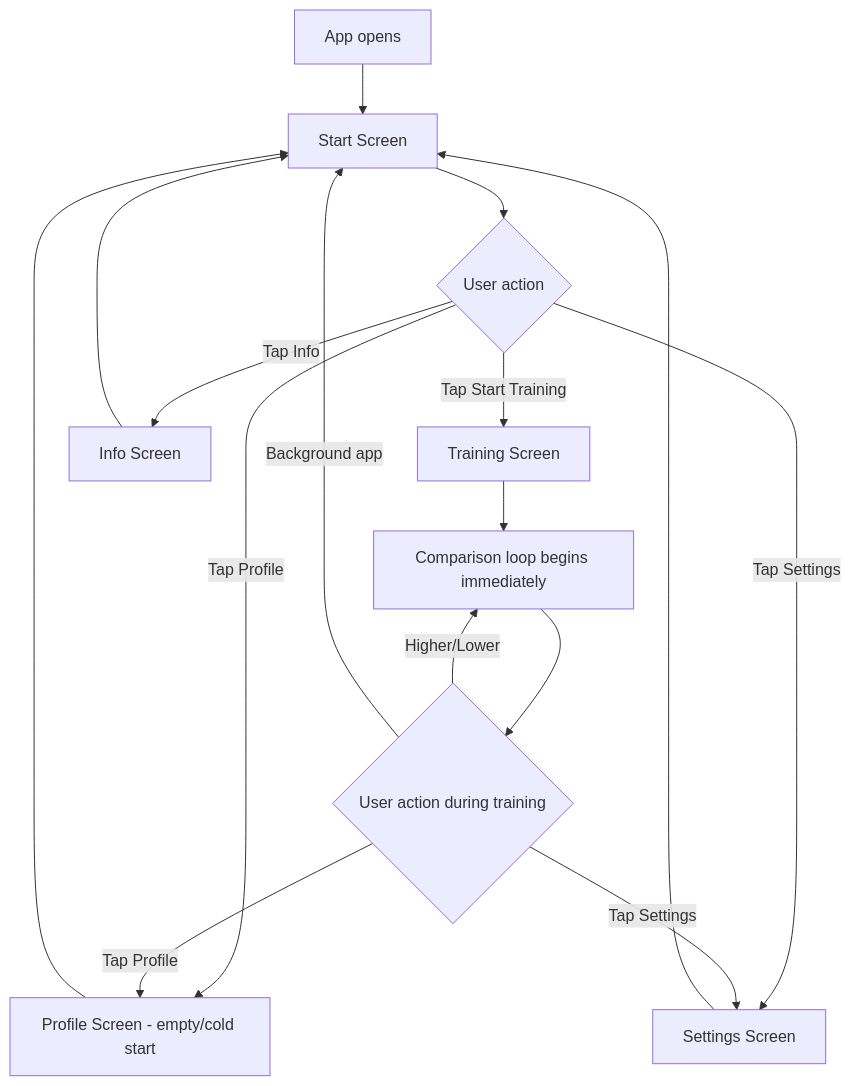
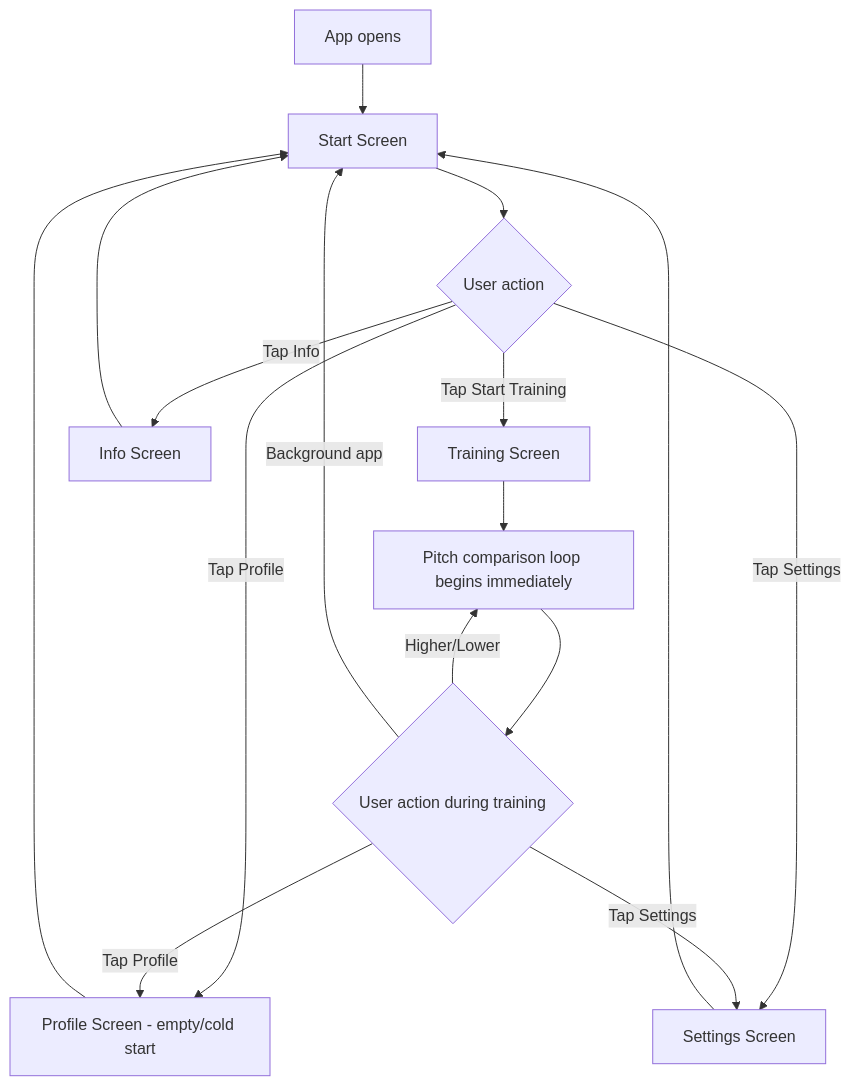
The first of 8 diagrams in docs/planning-artifacts/ux-design-specification.md (mschuerig/peach), drawn with Mermaid before and after one commit. The commit also changed other lines of this file and 120 other files, not shown here.

First line of the commit message:
Rename Comparison to PitchComparison across entire codebase

````diff
--- a/docs/planning-artifacts/ux-design-specification.md
+++ b/docs/planning-artifacts/ux-design-specification.md
@@ -496,18 +496,18 @@
 ```mermaid
 flowchart TD
     A[App opens] --> B[Start Screen]
     B --> C{User action}
     C -->|Tap Start Training| D[Training Screen]
     C -->|Tap Profile| E[Profile Screen - empty/cold start]
     C -->|Tap Settings| F[Settings Screen]
     C -->|Tap Info| G[Info Screen]
-    D --> H[Comparison loop begins immediately]
+    D --> H[Pitch comparison loop begins immediately]
     H --> I{User action during training}
     I -->|Higher/Lower| H
     I -->|Tap Settings| F
     I -->|Tap Profile| E
     I -->|Background app| B
     E --> B
     F --> B
     G --> B
 ```
````
